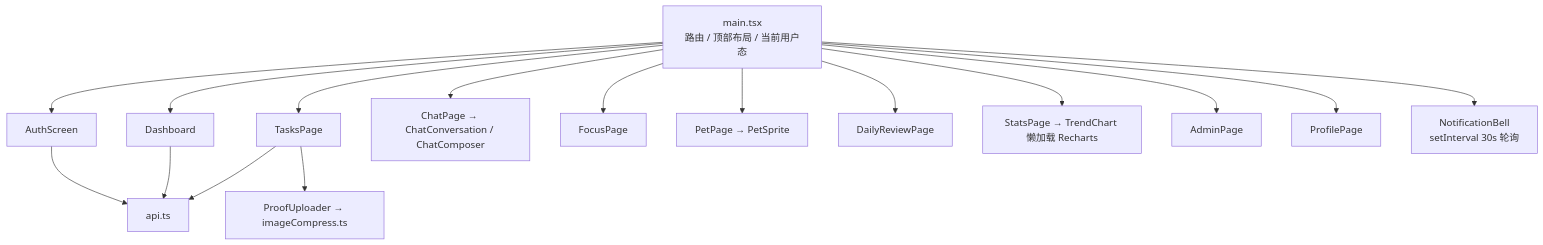
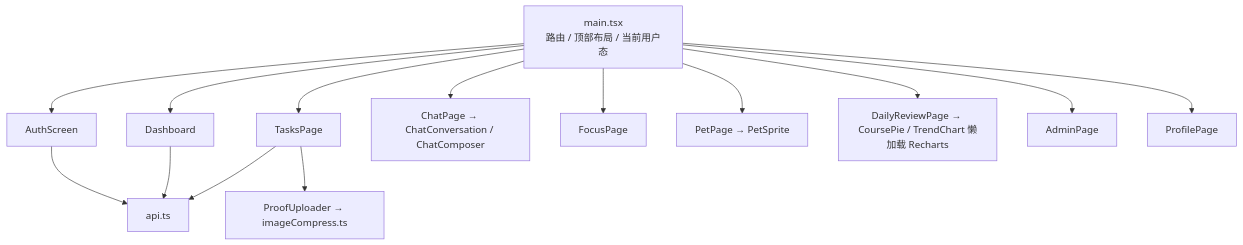
Before and after one commit to xiaoran7/soulous: the tenth of 11 diagrams in docs/CODE_WALKTHROUGH.md, drawn with Mermaid. The commit also changed other lines of this file and 10 other files, not shown here.

````diff
--- a/docs/CODE_WALKTHROUGH.md
+++ b/docs/CODE_WALKTHROUGH.md
@@ -526,18 +526,16 @@
 ```mermaid
 flowchart TB
     M["main.tsx<br/>路由 / 顶部布局 / 当前用户态"] --> P1["AuthScreen"]
     M --> P2["Dashboard"]
     M --> P3["TasksPage"]
     M --> P4["ChatPage → ChatConversation / ChatComposer"]
     M --> P5["FocusPage"]
     M --> P6["PetPage → PetSprite"]
-    M --> P7["DailyReviewPage"]
-    M --> P8["StatsPage → TrendChart 懒加载 Recharts"]
+    M --> P7["DailyReviewPage → CoursePie / TrendChart 懒加载 Recharts"]
     M --> P9["AdminPage"]
     M --> P10["ProfilePage"]
-    M --> NB["NotificationBell<br/>setInterval 30s 轮询"]
     P1 --> API["api.ts"]
     P2 --> API
     P3 --> API
     P3 --> PU["ProofUploader → imageCompress.ts"]
 ```
````
